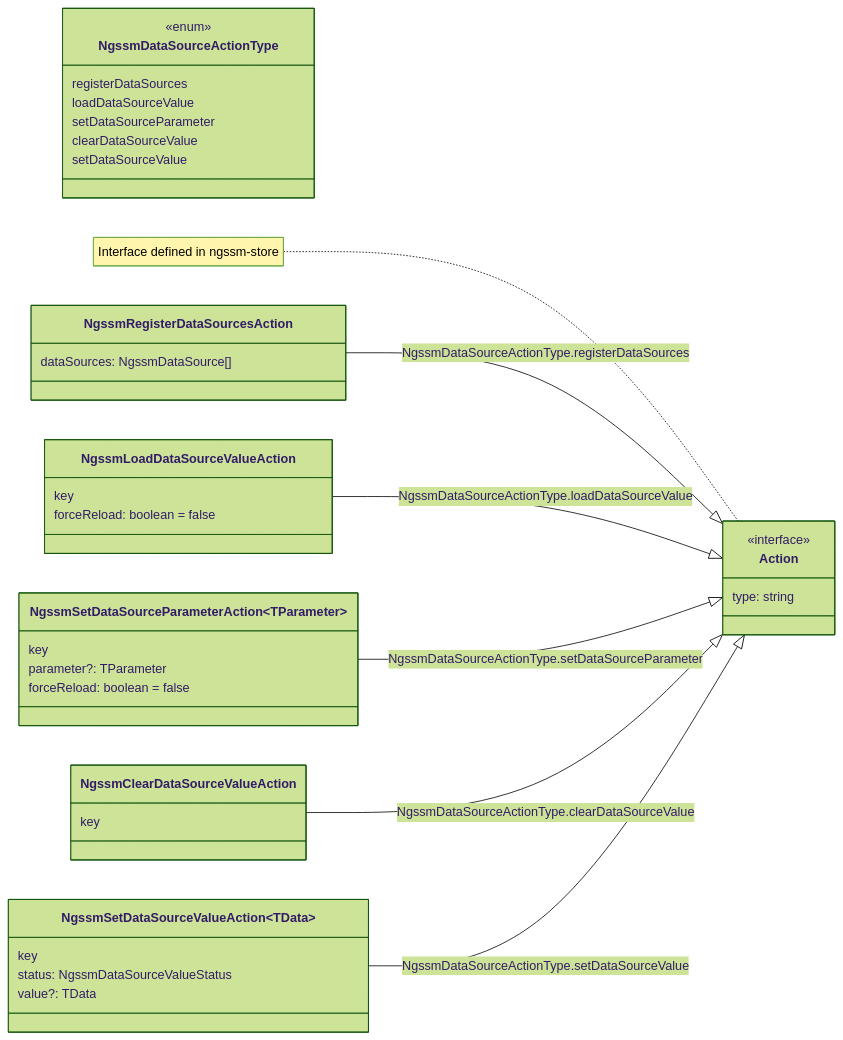
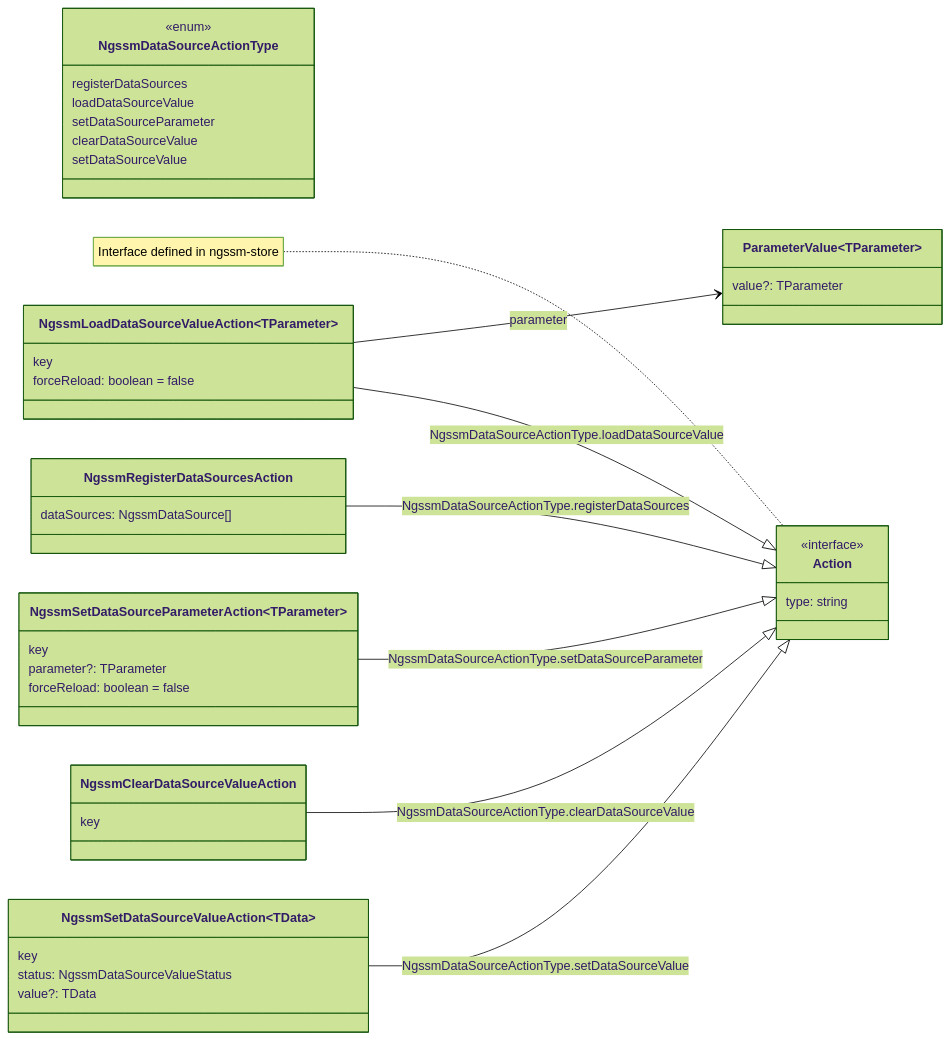
One commit to LionMarc/ng-simple-state-management changed the third of 3 diagrams in docs/libraries/ngssm-data.md. Above: the diagram before and after it, drawn with Mermaid (forest theme). The commit also changed 4 other files, not shown here.

Commit message:
[ngssm-data] Allow setting parameter when dispatching a load action (#203)

````diff
--- a/docs/libraries/ngssm-data.md
+++ b/docs/libraries/ngssm-data.md
@@ -104,49 +104,55 @@
 ```mermaid
 classDiagram
     direction LR
     class NgssmDataSourceActionType{
         <<enum>>
         registerDataSources
         loadDataSourceValue
         setDataSourceParameter
         clearDataSourceValue
         setDataSourceValue
     }
 
     note for Action "Interface defined in ngssm-store"
     class Action {
         <<interface>>
         type: string
     }
 
-    class NgssmLoadDataSourceValueAction{
+    class ParameterValue~TParameter~{
+        value?: TParameter
+    }
+
+    class NgssmLoadDataSourceValueAction~TParameter~{
         key
         forceReload: boolean = false
     }
+
+    NgssmLoadDataSourceValueAction-->ParameterValue : parameter
 
     class NgssmRegisterDataSourcesAction{
         dataSources: NgssmDataSource[]
     }
 
     class NgssmSetDataSourceParameterAction~TParameter~{
         key
         parameter?: TParameter
         forceReload: boolean = false
     }
 
     class NgssmClearDataSourceValueAction{
         key
     }
 
     class NgssmSetDataSourceValueAction~TData~{
         key
         status: NgssmDataSourceValueStatus
         value?: TData
     }
 
     NgssmRegisterDataSourcesAction --|> Action: NgssmDataSourceActionType.registerDataSources
     NgssmLoadDataSourceValueAction --|> Action: NgssmDataSourceActionType.loadDataSourceValue
     NgssmSetDataSourceParameterAction --|> Action: NgssmDataSourceActionType.setDataSourceParameter
     NgssmClearDataSourceValueAction --|> Action: NgssmDataSourceActionType.clearDataSourceValue
     NgssmSetDataSourceValueAction --|> Action: NgssmDataSourceActionType.setDataSourceValue
 ```
````
